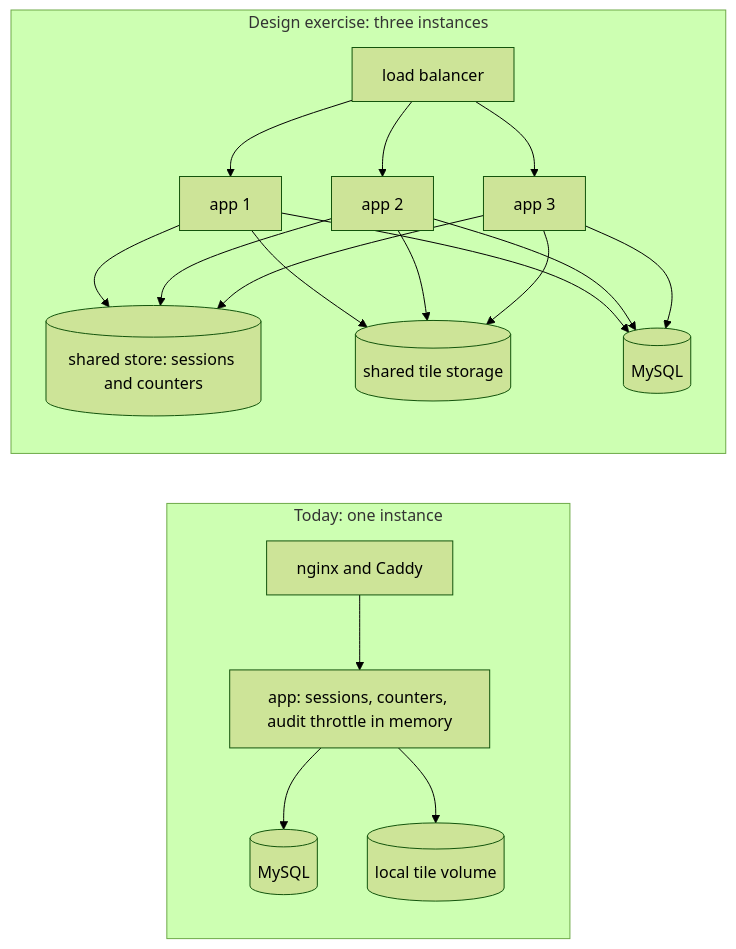
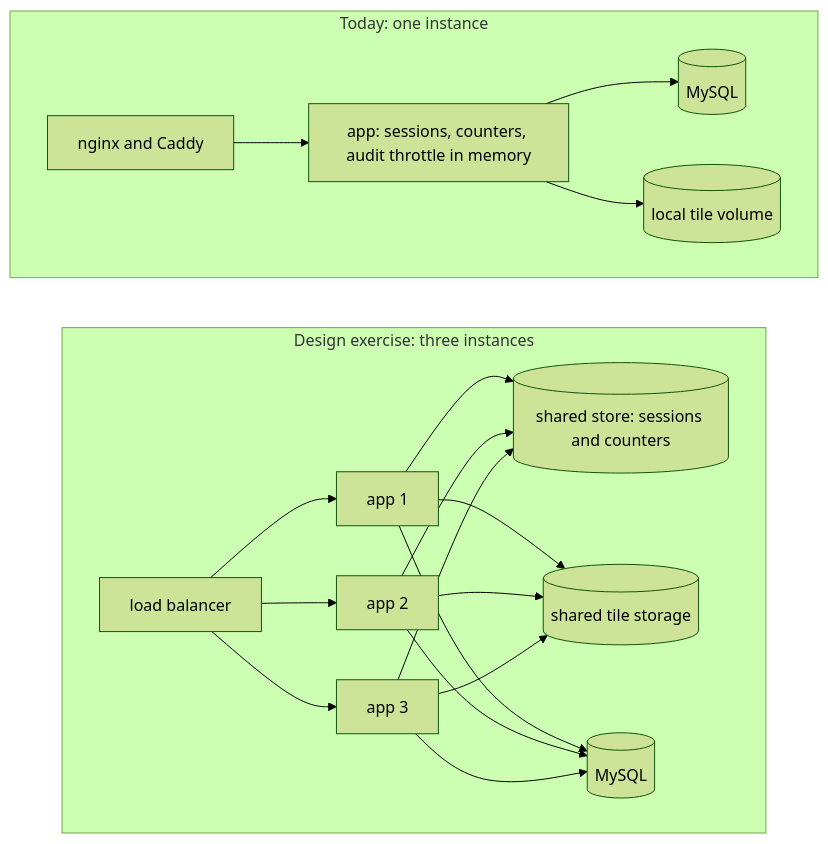
Before and after one commit to Sriram-Codes-SW/secure-doc-viewer: the first of 2 diagrams in book/tradeoffs/37-engineering-tradeoffs.md, drawn with Mermaid (forest theme). The commit also changed other lines of this file and 102 other files, not shown here.

````diff
--- a/book/tradeoffs/37-engineering-tradeoffs.md
+++ b/book/tradeoffs/37-engineering-tradeoffs.md
@@ -362,22 +374,23 @@
 ```mermaid
-flowchart LR
+flowchart TB
     subgraph NOW["Today: one instance"]
         N1["nginx and Caddy"] --> A1["app: sessions, counters, audit throttle in memory"]
         A1 --> D1[("MySQL")]
         A1 --> L1[("local tile volume")]
     end
+    NOW ~~~ LATER
     subgraph LATER["Design exercise: three instances"]
         LB["load balancer"] --> I1["app 1"]
         LB --> I2["app 2"]
         LB --> I3["app 3"]
         I1 --> SS[("shared store: sessions and counters")]
         I2 --> SS
         I3 --> SS
         I1 --> OS[("shared tile storage")]
         I2 --> OS
         I3 --> OS
         I1 --> DB[("MySQL")]
         I2 --> DB
         I3 --> DB
     end
 ```
````
